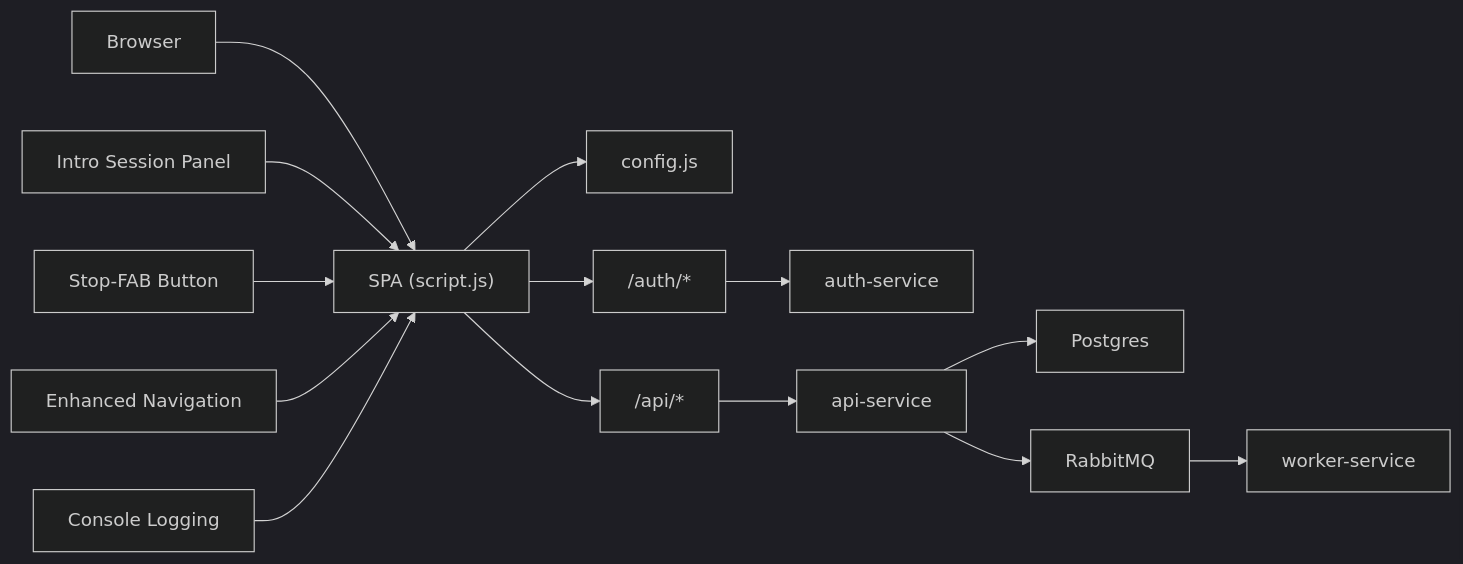
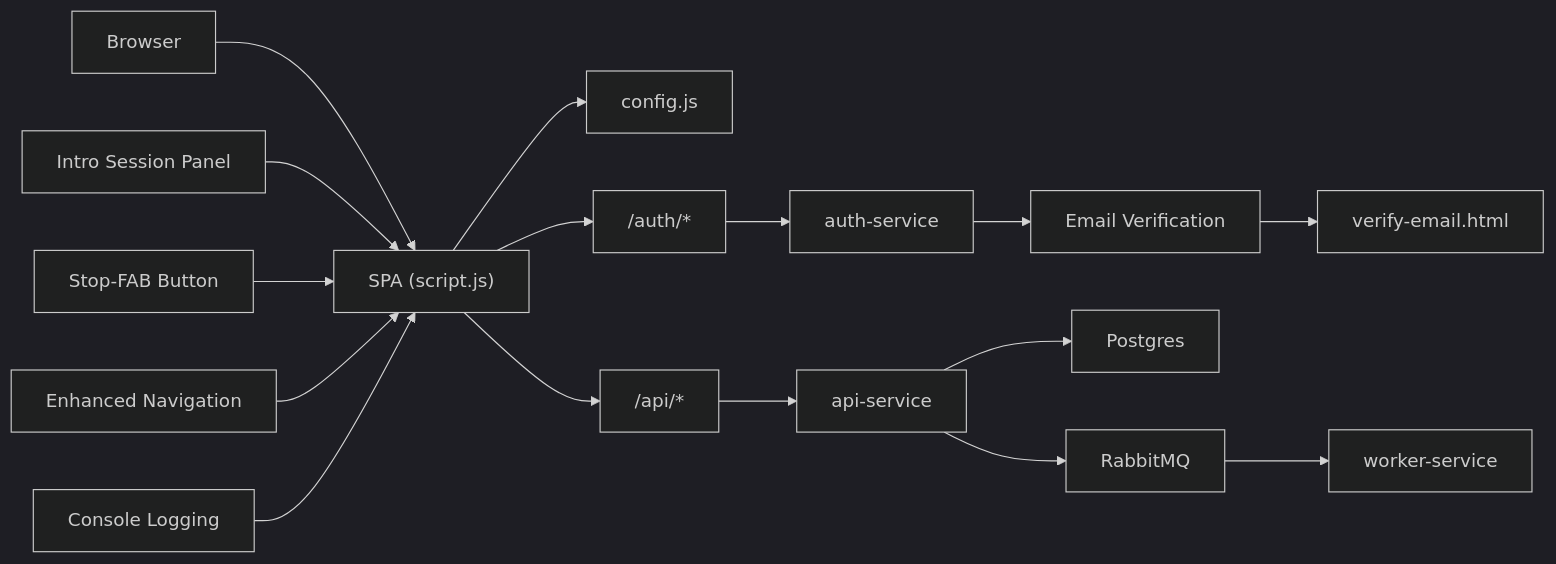
One commit to ikramhh/signvue-project changed diagram 12 of 12 in .qoder/repowiki/en/content/Frontend Application.md. Above: the diagram before and after it, drawn with Mermaid (dark theme). The commit also changed other lines of this file and 4 other files, not shown here.

````diff
--- a/.qoder/repowiki/en/content/Frontend Application.md
+++ b/.qoder/repowiki/en/content/Frontend Application.md
@@ -507,16 +570,18 @@
 ```mermaid
 graph LR
 Browser["Browser"] --> SPA["SPA (script.js)"]
 SPA --> Config["config.js"]
 SPA --> AuthAPI["/auth/*"]
 SPA --> ApiAPI["/api/*"]
 AuthAPI --> AuthSvc["auth-service"]
 ApiAPI --> ApiSvc["api-service"]
+AuthSvc --> EmailVerification["Email Verification"]
+EmailVerification --> VerifyPage["verify-email.html"]
 ApiSvc --> DB["Postgres"]
 ApiSvc --> MQ["RabbitMQ"]
 MQ --> Worker["worker-service"]
 IntroSession["Intro Session Panel"] --> SPA
 StopFab["Stop-FAB Button"] --> SPA
 NavSystem["Enhanced Navigation"] --> SPA
 DebugLogs["Console Logging"] --> SPA
 ```
````
